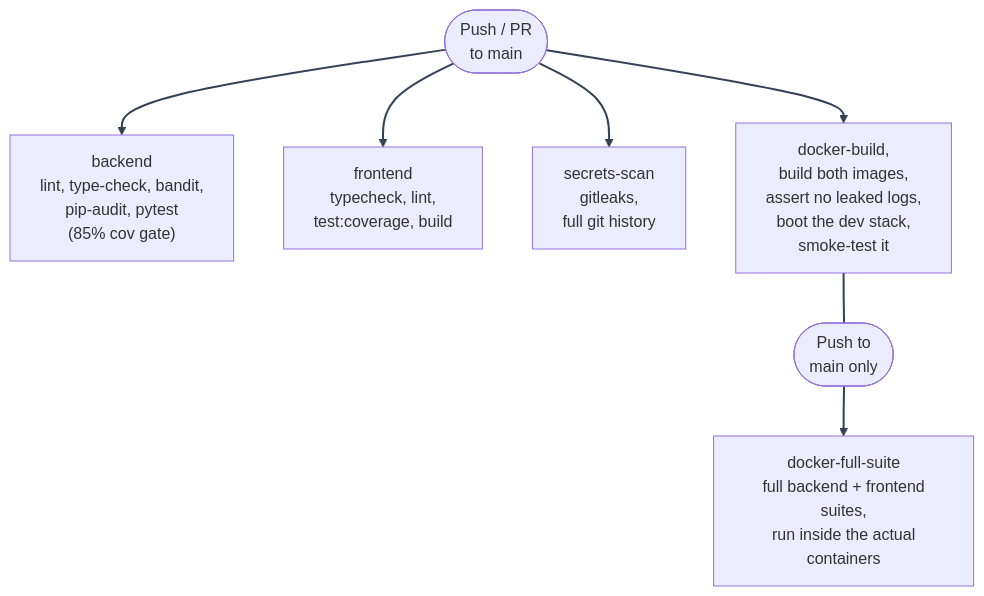
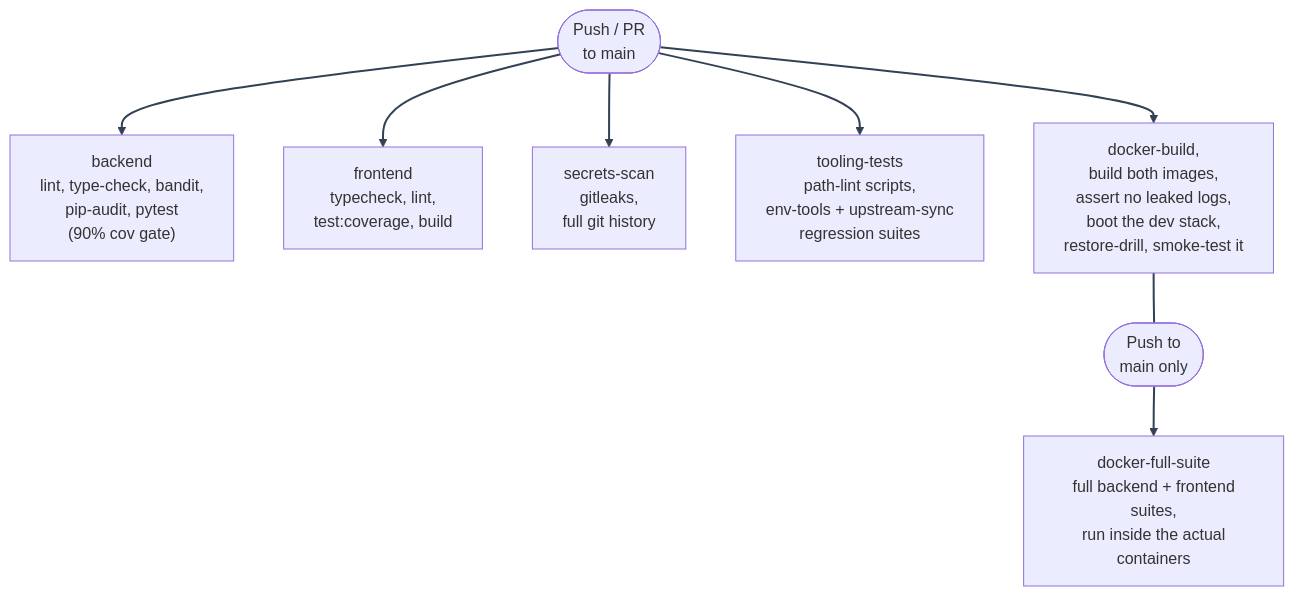
One commit to Nachiket-2024/mystic-auth changed the diagram in docs/mystic_auth/cicd/overview.md. Above: the diagram before and after it, drawn with Mermaid. The commit also changed other lines of this file and 208 other files, not shown here.

````diff
--- a/docs/mystic_auth/cicd/overview.md
+++ b/docs/mystic_auth/cicd/overview.md
@@ -17,13 +17,14 @@
 ```mermaid
 %%{init: {"themeVariables": {"lineColor": "#334155"}} }%%
 flowchart TD
     Trigger(["Push / PR\n to main"])
     TriggerMain(["Push to\n main only"])
-    Trigger --> Backend["backend\n lint, type-check, bandit,\n pip-audit, pytest\n (85% cov gate)"]
+    Trigger --> Backend["backend\n lint, type-check, bandit,\n pip-audit, pytest\n (90% cov gate)"]
     Trigger --> Frontend["frontend\n typecheck, lint,\n test:coverage, build"]
     Trigger --> Secrets["secrets-scan\n gitleaks,\n full git history"]
-    Trigger --> DockerBuild["docker-build,\n build both images,\n assert no leaked logs,\n boot the dev stack,\n smoke-test it"]
+    Trigger --> Tooling["tooling-tests\n path-lint scripts,\n env-tools + upstream-sync\n regression suites"]
+    Trigger --> DockerBuild["docker-build,\n build both images,\n assert no leaked logs,\n boot the dev stack,\n restore-drill, smoke-test it"]
     DockerBuild ~~~ TriggerMain
     TriggerMain --> DockerFullSuite["docker-full-suite\n full backend + frontend suites,\n run inside the actual containers"]
     linkStyle default stroke:#334155,stroke-width:2px
 ```
````
